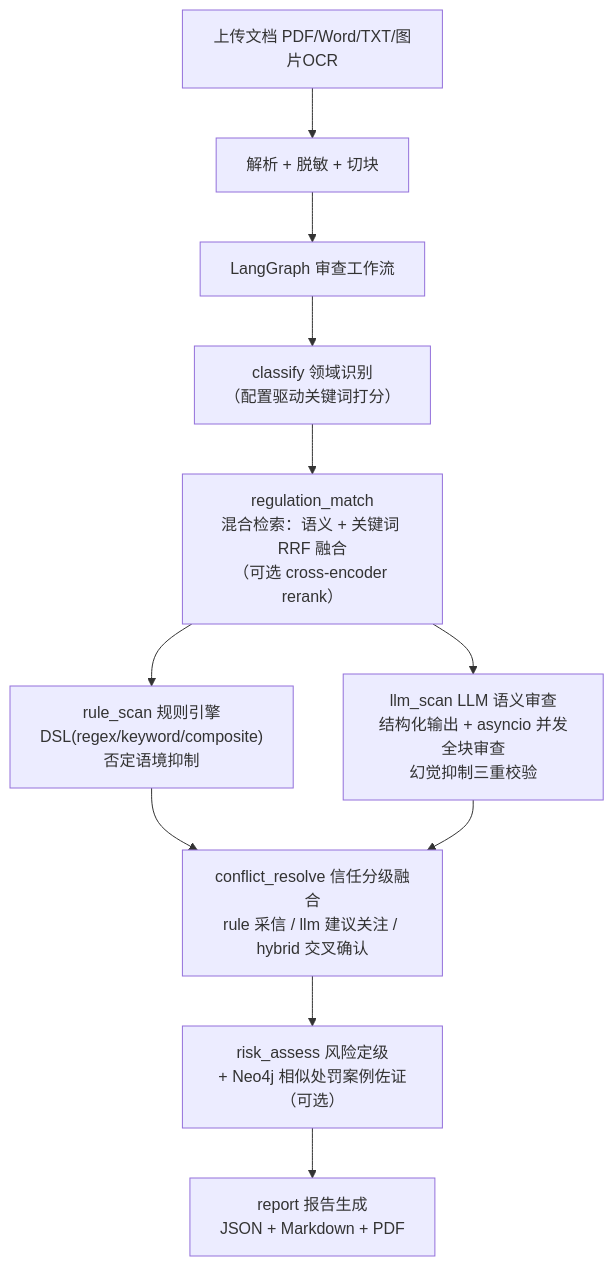
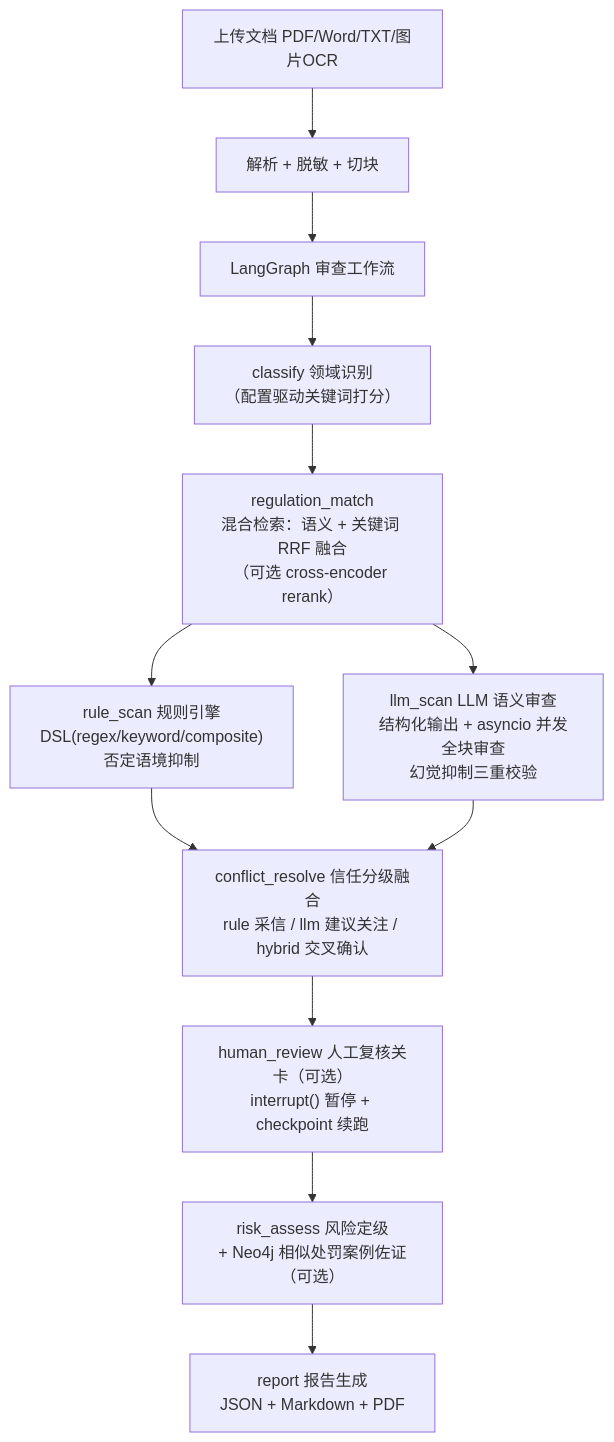
One commit to zzh200215/AIPromoGuard changed the diagram in README.md. Above: the diagram before and after it, drawn with Mermaid. The commit also changed other lines of this file, not shown here.

````diff
--- a/README.md
+++ b/README.md
@@ -21,13 +23,14 @@
 ```mermaid
 flowchart TD
     U["上传文档 PDF/Word/TXT/图片OCR"] --> P["解析 + 脱敏 + 切块"]
     P --> G["LangGraph 审查工作流"]
     G --> C["classify 领域识别<br/>（配置驱动关键词打分）"]
     C --> M["regulation_match<br/>混合检索：语义 + 关键词 RRF 融合<br/>（可选 cross-encoder rerank）"]
     M --> R["rule_scan 规则引擎<br/>DSL(regex/keyword/composite)<br/>否定语境抑制"]
     M --> L["llm_scan LLM 语义审查<br/>结构化输出 + asyncio 并发全块审查<br/>幻觉抑制三重校验"]
     R --> F["conflict_resolve 信任分级融合<br/>rule 采信 / llm 建议关注 / hybrid 交叉确认"]
     L --> F
-    F --> K["risk_assess 风险定级<br/>+ Neo4j 相似处罚案例佐证（可选）"]
+    F --> H["human_review 人工复核关卡（可选）<br/>interrupt() 暂停 + checkpoint 续跑"]
+    H --> K["risk_assess 风险定级<br/>+ Neo4j 相似处罚案例佐证（可选）"]
     K --> REP["report 报告生成<br/>JSON + Markdown + PDF"]
 ```
````
